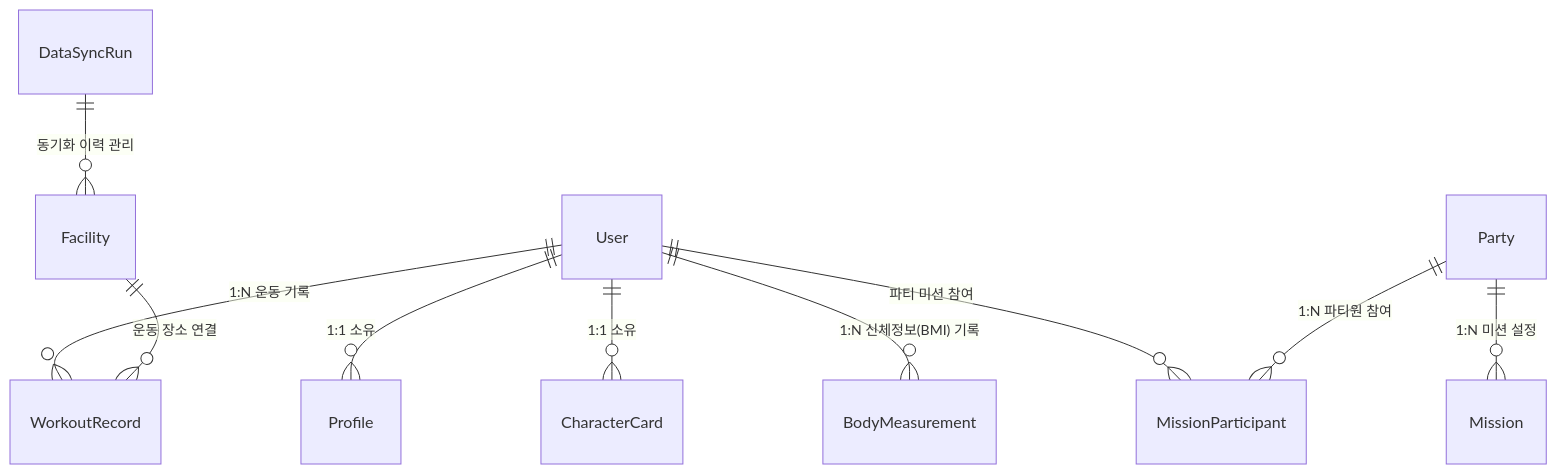
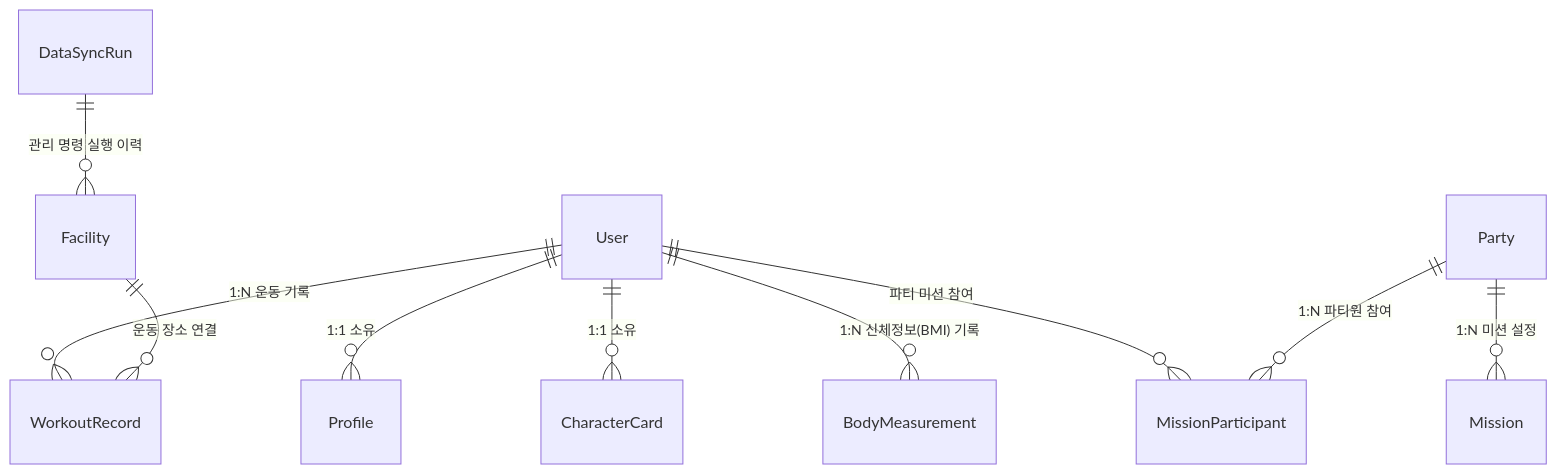
Before and after one commit to encore-ai-campus/mlo-02-p1-team4: the fifth of 8 diagrams in README.md, drawn with Mermaid. The commit also changed other lines of this file, not shown here.

Commit message:
docs: clarify wording and manual facility data update process

````diff
--- a/README.md
+++ b/README.md
@@ -418,14 +412,14 @@
 ```mermaid
 erDiagram
     User ||--o{ Profile : "1:1 소유"
     User ||--o{ CharacterCard : "1:1 소유"
     User ||--o{ BodyMeasurement : "1:N 신체정보(BMI) 기록"
     User ||--o{ WorkoutRecord : "1:N 운동 기록"
     User ||--o{ MissionParticipant : "파티 미션 참여"
     
     Party ||--o{ Mission : "1:N 미션 설정"
     Party ||--o{ MissionParticipant : "1:N 파티원 참여"
     
     Facility ||--o{ WorkoutRecord : "운동 장소 연결"
-    DataSyncRun ||--o{ Facility : "동기화 이력 관리"
+    DataSyncRun ||--o{ Facility : "관리 명령 실행 이력"
 ```
````
